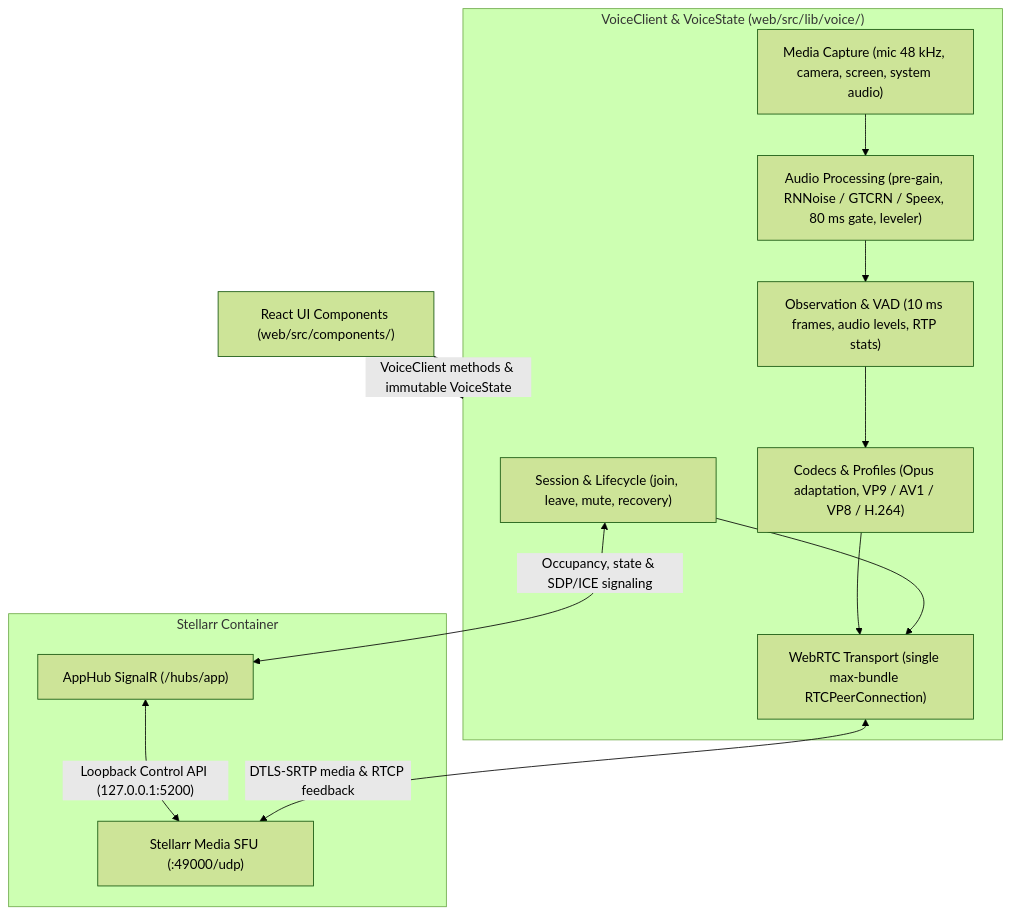
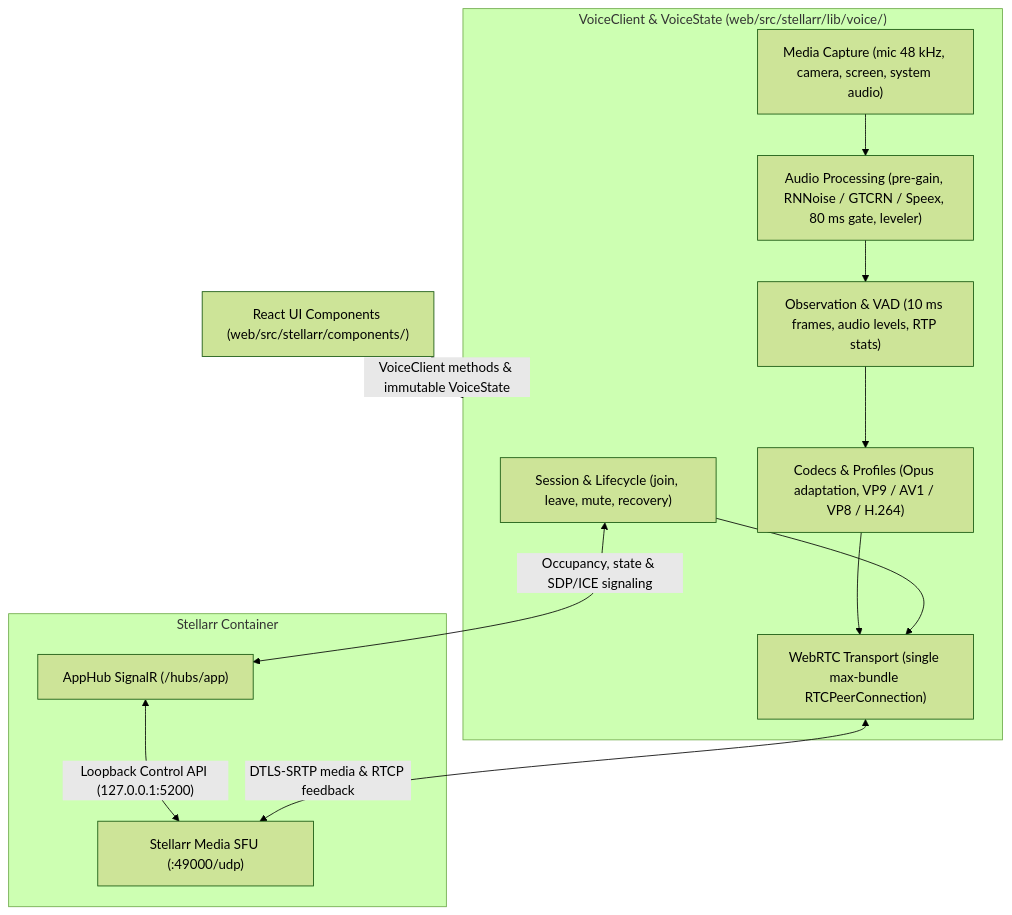
The diagram in docs/rtc-protocol.md (Arkazzae/Stellar), drawn with Mermaid (forest theme) before and after one commit. The commit also changed other lines of this file and 964 other files, not shown here.

First line of the commit message:
refactor(web): move the messenger under src/stellarr

````diff
--- a/docs/rtc-protocol.md
+++ b/docs/rtc-protocol.md
@@ -7,26 +7,26 @@
 ```mermaid
 flowchart TD
-    UI["React UI Components (web/src/components/)"]
+    UI["React UI Components (web/src/stellarr/components/)"]
 
-    subgraph Client["VoiceClient & VoiceState (web/src/lib/voice/)"]
+    subgraph Client["VoiceClient & VoiceState (web/src/stellarr/lib/voice/)"]
         Lifecycle["Session & Lifecycle (join, leave, mute, recovery)"]
         Capture["Media Capture (mic 48 kHz, camera, screen, system audio)"]
         DSP["Audio Processing (pre-gain, RNNoise / GTCRN / Speex, 80 ms gate, leveler)"]
         VAD["Observation & VAD (10 ms frames, audio levels, RTP stats)"]
         Codecs["Codecs & Profiles (Opus adaptation, VP9 / AV1 / VP8 / H.264)"]
         Transport["WebRTC Transport (single max-bundle RTCPeerConnection)"]
 
         Capture --> DSP --> VAD --> Codecs --> Transport
         Lifecycle --> Transport
     end
 
     subgraph Server["Stellarr Container"]
         Hub["AppHub SignalR (/hubs/app)"]
         SFU["Stellarr Media SFU (:49000/udp)"]
         Hub <-->|"Loopback Control API (127.0.0.1:5200)"| SFU
     end
 
     UI <-->|"VoiceClient methods & immutable VoiceState"| Client
     Lifecycle <-->|"Occupancy, state & SDP/ICE signaling"| Hub
     Transport <-->|"DTLS-SRTP media & RTCP feedback"| SFU
 ```
````
